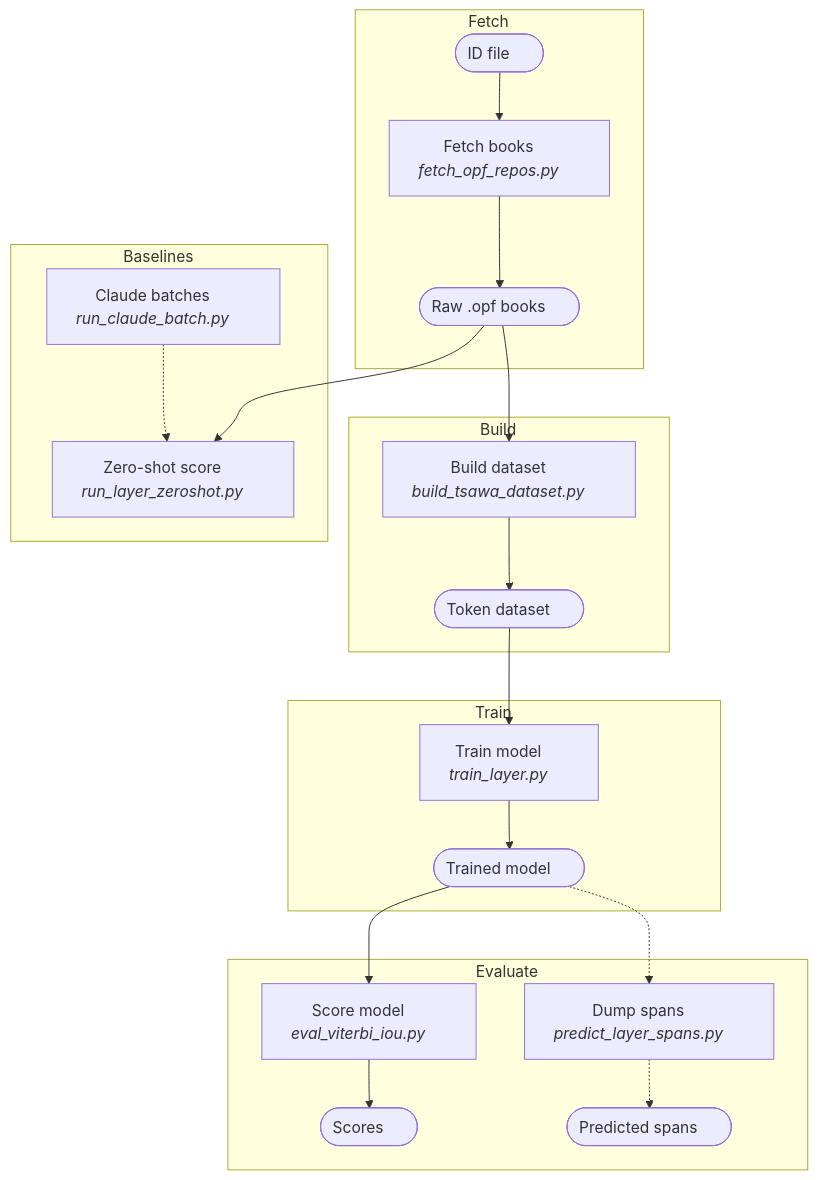
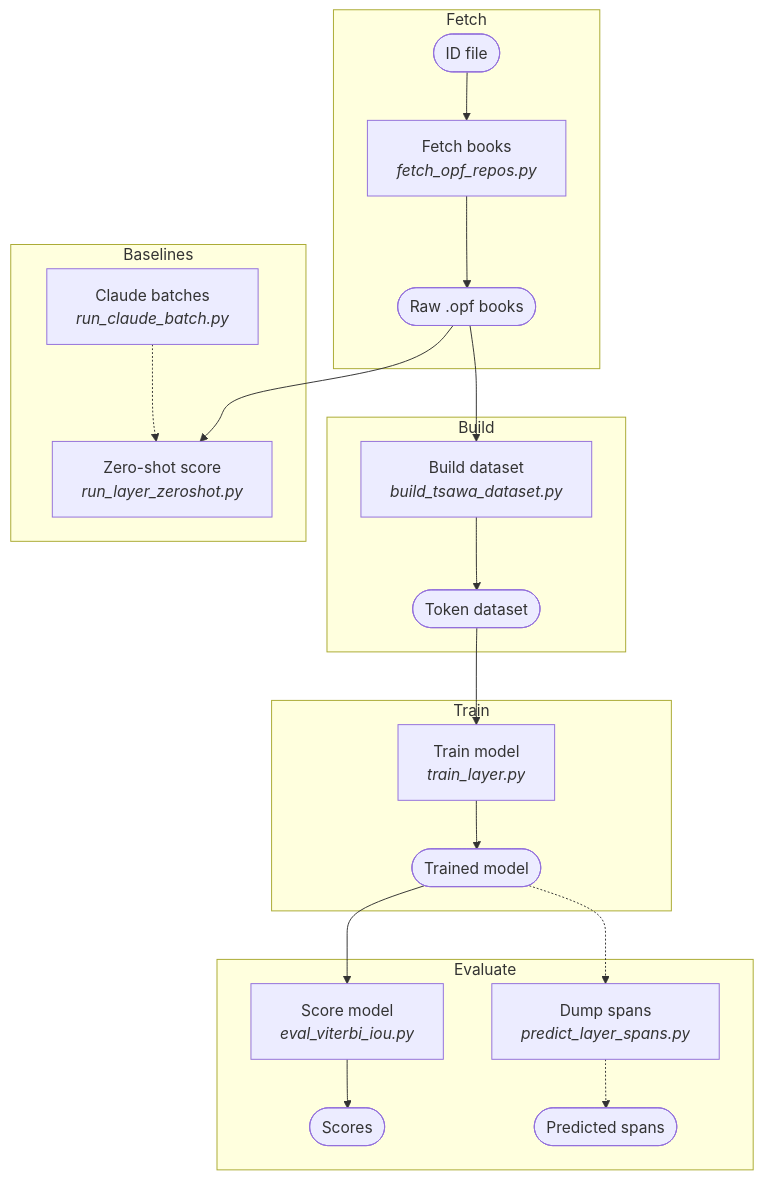
Before and after one commit to tenzinyonten/tibetan-layer-detection: the diagram in common/README.md, drawn with Mermaid. The commit also changed 8 other files, not shown here.

Commit message:
Flowcharts: draw labels as SVG text instead of HTML, drop padding

````diff
--- a/common/README.md
+++ b/common/README.md
@@ -20,25 +20,26 @@
 ```mermaid
+%%{init: {"flowchart": {"htmlLabels": false}}}%%
 flowchart TD
-  subgraph FETCH["Fetch&nbsp;&nbsp;&nbsp;&nbsp;&nbsp;"]
-    F0(["ID file&nbsp;&nbsp;&nbsp;&nbsp;&nbsp;"]) --> S1["Fetch books&nbsp;&nbsp;&nbsp;&nbsp;&nbsp;<br/><i>fetch_opf_repos.py&nbsp;&nbsp;&nbsp;&nbsp;&nbsp;</i>"]
-    S1 --> F1(["Raw .opf books&nbsp;&nbsp;&nbsp;&nbsp;&nbsp;"])
+  subgraph FETCH["Fetch"]
+    F0(["ID file"]) --> S1["Fetch books<br/><i>fetch_opf_repos.py</i>"]
+    S1 --> F1(["Raw .opf books"])
   end
-  subgraph BUILD["Build&nbsp;&nbsp;&nbsp;&nbsp;&nbsp;"]
-    S2["Build dataset&nbsp;&nbsp;&nbsp;&nbsp;&nbsp;<br/><i>build_tsawa_dataset.py&nbsp;&nbsp;&nbsp;&nbsp;&nbsp;</i>"] --> F2(["Token dataset&nbsp;&nbsp;&nbsp;&nbsp;&nbsp;"])
+  subgraph BUILD["Build"]
+    S2["Build dataset<br/><i>build_tsawa_dataset.py</i>"] --> F2(["Token dataset"])
   end
-  subgraph TRAIN["Train&nbsp;&nbsp;&nbsp;&nbsp;&nbsp;"]
-    S3["Train model&nbsp;&nbsp;&nbsp;&nbsp;&nbsp;<br/><i>train_layer.py&nbsp;&nbsp;&nbsp;&nbsp;&nbsp;</i>"] --> F3(["Trained model&nbsp;&nbsp;&nbsp;&nbsp;&nbsp;"])
+  subgraph TRAIN["Train"]
+    S3["Train model<br/><i>train_layer.py</i>"] --> F3(["Trained model"])
   end
-  subgraph EVAL["Evaluate&nbsp;&nbsp;&nbsp;&nbsp;&nbsp;"]
-    S4["Score model&nbsp;&nbsp;&nbsp;&nbsp;&nbsp;<br/><i>eval_viterbi_iou.py&nbsp;&nbsp;&nbsp;&nbsp;&nbsp;</i>"] --> F4(["Scores&nbsp;&nbsp;&nbsp;&nbsp;&nbsp;"])
-    S5["Dump spans&nbsp;&nbsp;&nbsp;&nbsp;&nbsp;<br/><i>predict_layer_spans.py&nbsp;&nbsp;&nbsp;&nbsp;&nbsp;</i>"] -.-> F5(["Predicted spans&nbsp;&nbsp;&nbsp;&nbsp;&nbsp;"])
+  subgraph EVAL["Evaluate"]
+    S4["Score model<br/><i>eval_viterbi_iou.py</i>"] --> F4(["Scores"])
+    S5["Dump spans<br/><i>predict_layer_spans.py</i>"] -.-> F5(["Predicted spans"])
   end
-  subgraph BASE["Baselines&nbsp;&nbsp;&nbsp;&nbsp;&nbsp;"]
-    S7["Claude batches&nbsp;&nbsp;&nbsp;&nbsp;&nbsp;<br/><i>run_claude_batch.py&nbsp;&nbsp;&nbsp;&nbsp;&nbsp;</i>"] -.-> S6["Zero-shot score&nbsp;&nbsp;&nbsp;&nbsp;&nbsp;<br/><i>run_layer_zeroshot.py&nbsp;&nbsp;&nbsp;&nbsp;&nbsp;</i>"]
+  subgraph BASE["Baselines"]
+    S7["Claude batches<br/><i>run_claude_batch.py</i>"] -.-> S6["Zero-shot score<br/><i>run_layer_zeroshot.py</i>"]
   end
   F1 --> S2
   F2 --> S3
   F3 --> S4
   F3 -.-> S5
   F1 --> S6
 ```
````
